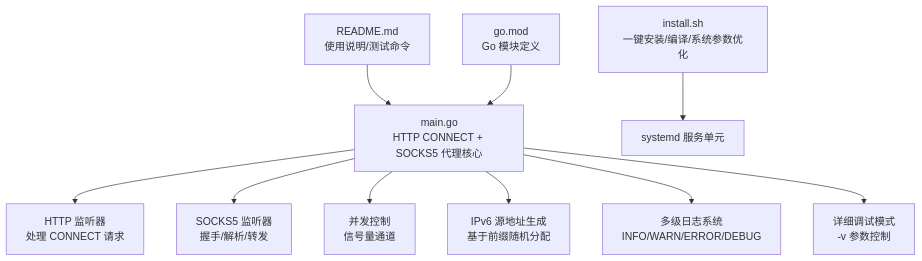
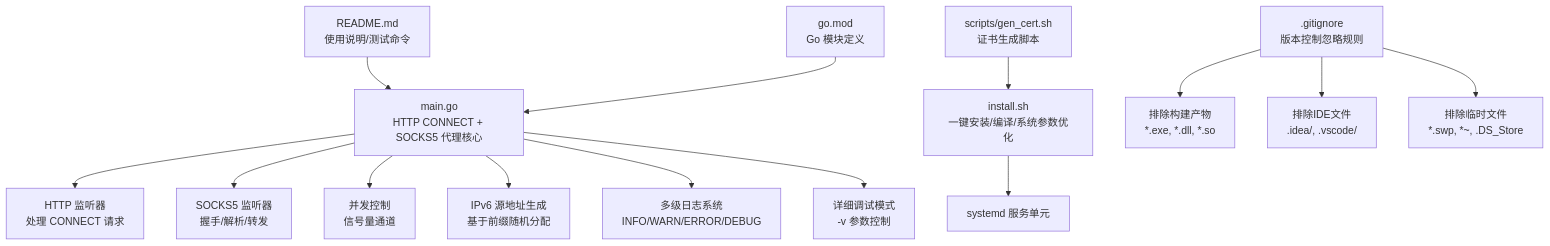
One commit to chuwang9964/ipv6-proxy-pool changed the first of 4 diagrams in .qoder/repowiki/zh/content/项目概述.md. Above: the diagram before and after it, drawn with Mermaid. The commit also changed other lines of this file and 10 other files, not shown here.

````diff
--- a/.qoder/repowiki/zh/content/项目概述.md
+++ b/.qoder/repowiki/zh/content/项目概述.md
@@ -52,12 +54,16 @@
 ```mermaid
 graph TB
 A["main.go<br/>HTTP CONNECT + SOCKS5 代理核心"] --> B["HTTP 监听器<br/>处理 CONNECT 请求"]
 A --> C["SOCKS5 监听器<br/>握手/解析/转发"]
 A --> D["并发控制<br/>信号量通道"]
 A --> E["IPv6 源地址生成<br/>基于前缀随机分配"]
 A --> F["多级日志系统<br/>INFO/WARN/ERROR/DEBUG"]
 A --> G["详细调试模式<br/>-v 参数控制"]
 H["install.sh<br/>一键安装/编译/系统参数优化"] --> I["systemd 服务单元"]
 J["README.md<br/>使用说明/测试命令"] --> A
 K["go.mod<br/>Go 模块定义"] --> A
+L[".gitignore<br/>版本控制忽略规则"] --> M["排除构建产物<br/>*.exe, *.dll, *.so"]
+L --> N["排除IDE文件<br/>.idea/, .vscode/"]
+L --> O["排除临时文件<br/>*.swp, *~, .DS_Store"]
+P["scripts/gen_cert.sh<br/>证书生成脚本"] --> H
 ```
````
